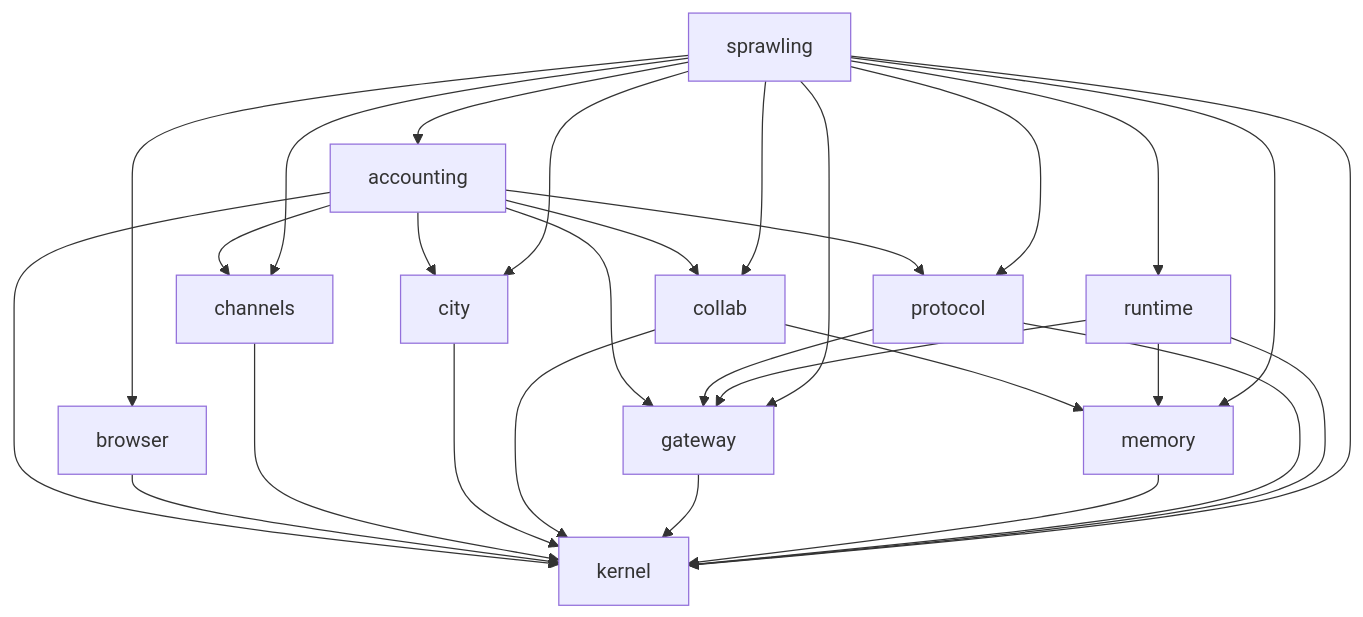
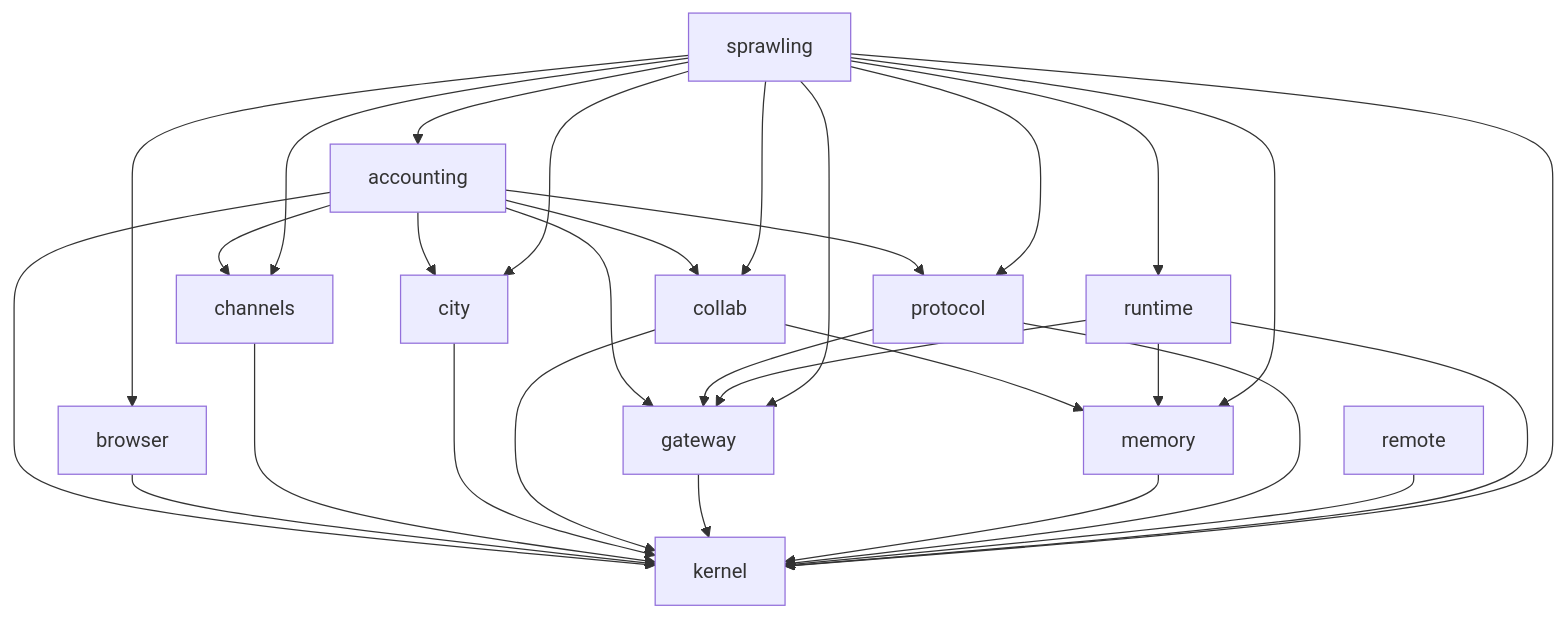
Before and after one commit to 2youg1/sprawling-agents: the first of 8 diagrams in ARCHITECTURE.md, drawn with Mermaid. The commit also changed other lines of this file and 4 other files, not shown here.

````diff
--- a/ARCHITECTURE.md
+++ b/ARCHITECTURE.md
@@ -744,32 +745,33 @@
 ```mermaid
 flowchart TD
     accounting --> channels
     accounting --> city
     accounting --> collab
     accounting --> gateway
     accounting --> kernel
     accounting --> protocol
     browser --> kernel
     channels --> kernel
     city --> kernel
     collab --> kernel
     collab --> memory
     gateway --> kernel
     kernel
     memory --> kernel
     protocol --> gateway
     protocol --> kernel
+    remote --> kernel
     runtime --> gateway
     runtime --> kernel
     runtime --> memory
     sprawling --> accounting
     sprawling --> browser
     sprawling --> channels
     sprawling --> city
     sprawling --> collab
     sprawling --> gateway
     sprawling --> kernel
     sprawling --> memory
     sprawling --> protocol
     sprawling --> runtime
 ```
````
